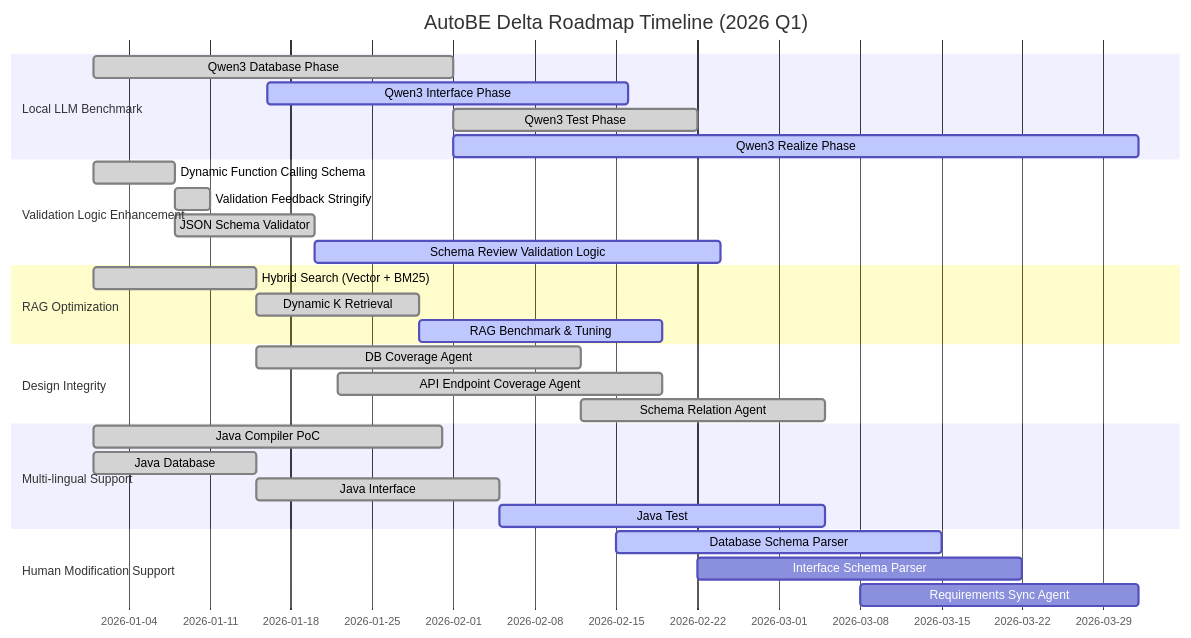
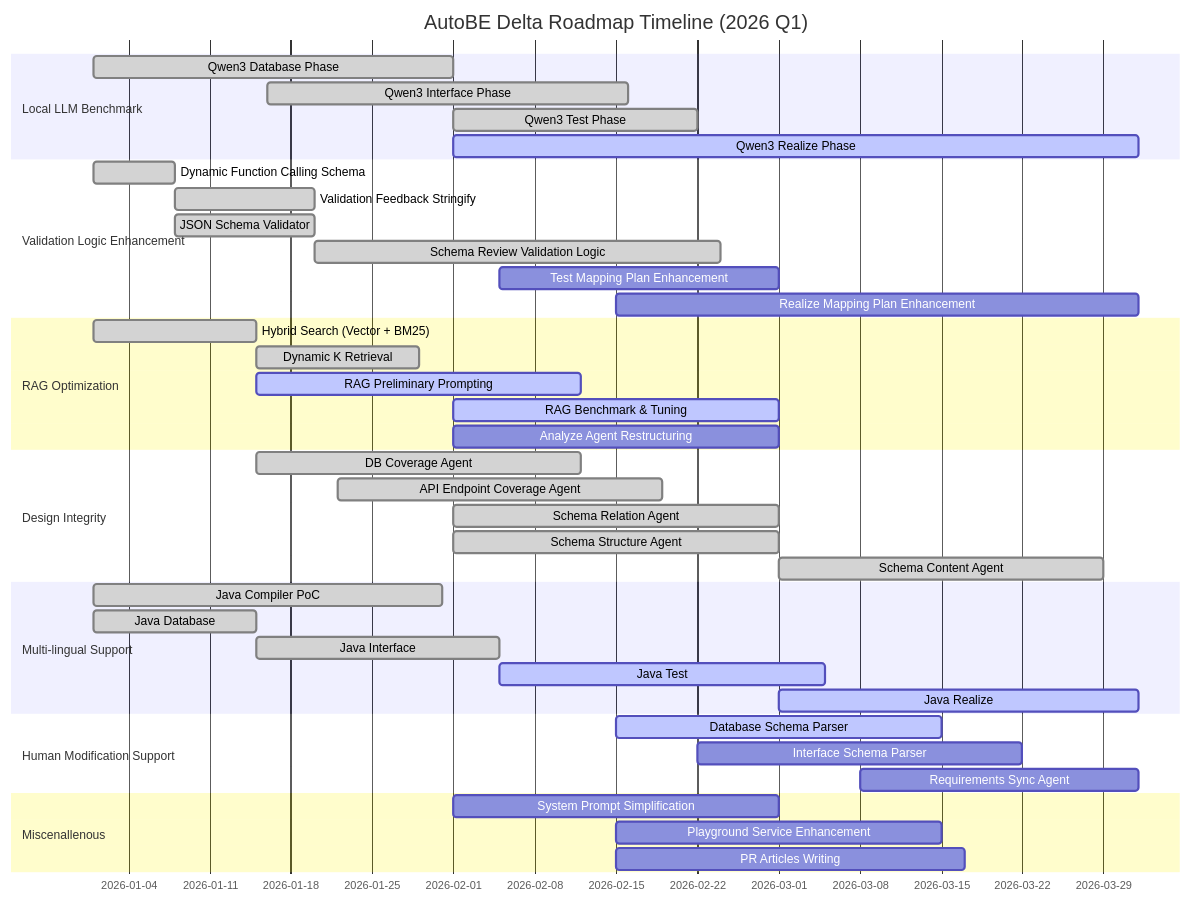
One commit to wrtnlabs/autobe changed the diagram in website/src/template/diagrams/AutoBeDeltaRoadmap.mdx. Above: the diagram before and after it, drawn with Mermaid. The commit also changed 1 other file, not shown here.

Commit message:
feat(website): delta raodmap diagram

````diff
--- a/website/src/template/diagrams/AutoBeDeltaRoadmap.mdx
+++ b/website/src/template/diagrams/AutoBeDeltaRoadmap.mdx
@@ -1,38 +1,50 @@
 ```mermaid
 gantt
   dateFormat YYYY-MM-DD
   title AutoBE Delta Roadmap Timeline (2026 Q1)
 
   section Local LLM Benchmark
-  Qwen3 Database Phase             : done,   2026-01-01, 31d
-  Qwen3 Interface Phase            : active, 2026-01-16, 31d
-  Qwen3 Test Phase                 : done,   2026-02-01, 21d
-  Qwen3 Realize Phase              : active, 2026-02-01, 59d
+  Qwen3 Database Phase             : done,    2026-01-01, 31d
+  Qwen3 Interface Phase            : done,    2026-01-16, 31d
+  Qwen3 Test Phase                 : done,    2026-02-01, 21d
+  Qwen3 Realize Phase              : active,  2026-02-01, 59d
 
   section Validation Logic Enhancement
-  Dynamic Function Calling Schema  : done,   2026-01-01, 7d
-  Validation Feedback Stringify    : done,   2026-01-08, 3d
-  JSON Schema Validator            : done,   2026-01-08, 12d
-  Schema Review Validation Logic   : active, 2026-01-20, 35d
+  Dynamic Function Calling Schema  : done,    2026-01-01, 7d
+  Validation Feedback Stringify    : done,    2026-01-08, 12d
+  JSON Schema Validator            : done,    2026-01-08, 12d
+  Schema Review Validation Logic   : done,    2026-01-20, 35d
+  Test Mapping Plan Enhancement    : planned, 2026-02-05, 24d
+  Realize Mapping Plan Enhancement : planned, 2026-02-15, 45d
 
   section RAG Optimization
   Hybrid Search (Vector + BM25)    : done,    2026-01-01, 14d
   Dynamic K Retrieval              : done,    2026-01-15, 14d
-  RAG Benchmark & Tuning           : active,  2026-01-29, 21d
+  RAG Preliminary Prompting        : active,  2026-01-15, 28d
+  RAG Benchmark & Tuning           : active,  2026-02-01, 28d
+  Analyze Agent Restructuring      : planned, 2026-02-01, 28d
 
   section Design Integrity
-  DB Coverage Agent                : done, 2026-01-15, 28d
-  API Endpoint Coverage Agent      : done, 2026-01-22, 28d
-  Schema Relation Agent            : done, 2026-02-12, 21d
+  DB Coverage Agent                : done,    2026-01-15, 28d
+  API Endpoint Coverage Agent      : done,    2026-01-22, 28d
+  Schema Relation Agent            : done,    2026-02-01, 28d
+  Schema Structure Agent           : done,    2026-02-01, 28d
+  Schema Content Agent             : done,    2026-03-01, 28d
 
   section Multi-lingual Support
   Java Compiler PoC                : done,    2026-01-01, 30d
   Java Database                    : done,    2026-01-01, 14d
   Java Interface                   : done,    2026-01-15, 21d
   Java Test                        : active,  2026-02-05, 28d
+  Java Realize                     : active,  2026-03-01, 31d
 
   section Human Modification Support
   Database Schema Parser           : active,  2026-02-15, 28d
   Interface Schema Parser          : planned, 2026-02-22, 28d
   Requirements Sync Agent          : planned, 2026-03-08, 24d
+
+  section Miscenallenous
+  System Prompt Simplification     : planned, 2026-02-01, 28d
+  Playground Service Enhancement   : planned, 2026-02-15, 28d
+  PR Articles Writing              : planned, 2026-02-15, 30d
 ```
````
